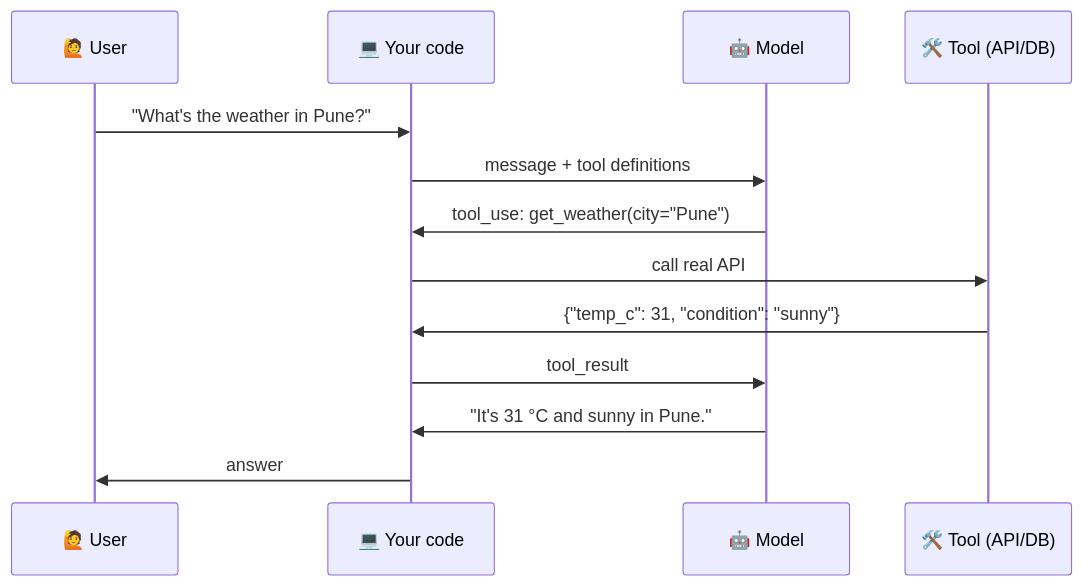
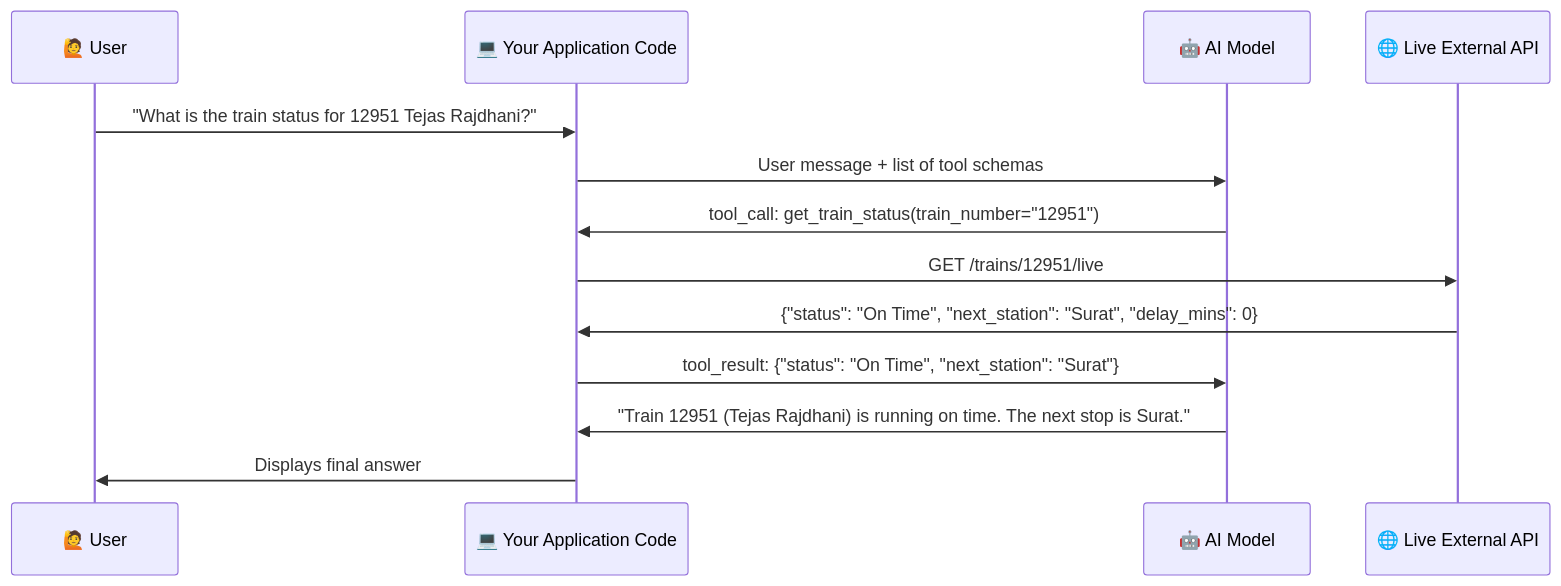
One commit to ABVicky/Prompt-Engineering-by-Vicky changed the first of 2 diagrams in modules/10-tool-use-and-agents.md. Above: the diagram before and after it, drawn with Mermaid. The commit also changed other lines of this file and 19 other files, not shown here.

````diff
--- a/modules/10-tool-use-and-agents.md
+++ b/modules/10-tool-use-and-agents.md
@@ -19,15 +41,16 @@
 ```mermaid
 sequenceDiagram
-    participant U as 🙋 User
-    participant App as 💻 Your code
-    participant M as 🤖 Model
-    participant T as 🛠️ Tool (API/DB)
-    U->>App: "What's the weather in Pune?"
-    App->>M: message + tool definitions
-    M->>App: tool_use: get_weather(city="Pune")
-    App->>T: call real API
-    T->>App: {"temp_c": 31, "condition": "sunny"}
-    App->>M: tool_result
-    M->>App: "It's 31 °C and sunny in Pune."
-    App->>U: answer
+    participant User as 🙋 User
+    participant App as 💻 Your Application Code
+    participant Model as 🤖 AI Model
+    participant API as 🌐 Live External API
+    
+    User->>App: "What is the train status for 12951 Tejas Rajdhani?"
+    App->>Model: User message + list of tool schemas
+    Model->>App: tool_call: get_train_status(train_number="12951")
+    App->>API: GET /trains/12951/live
+    API->>App: {"status": "On Time", "next_station": "Surat", "delay_mins": 0}
+    App->>Model: tool_result: {"status": "On Time", "next_station": "Surat"}
+    Model->>App: "Train 12951 (Tejas Rajdhani) is running on time. The next stop is Surat."
+    App->>User: Displays final answer
 ```
````
